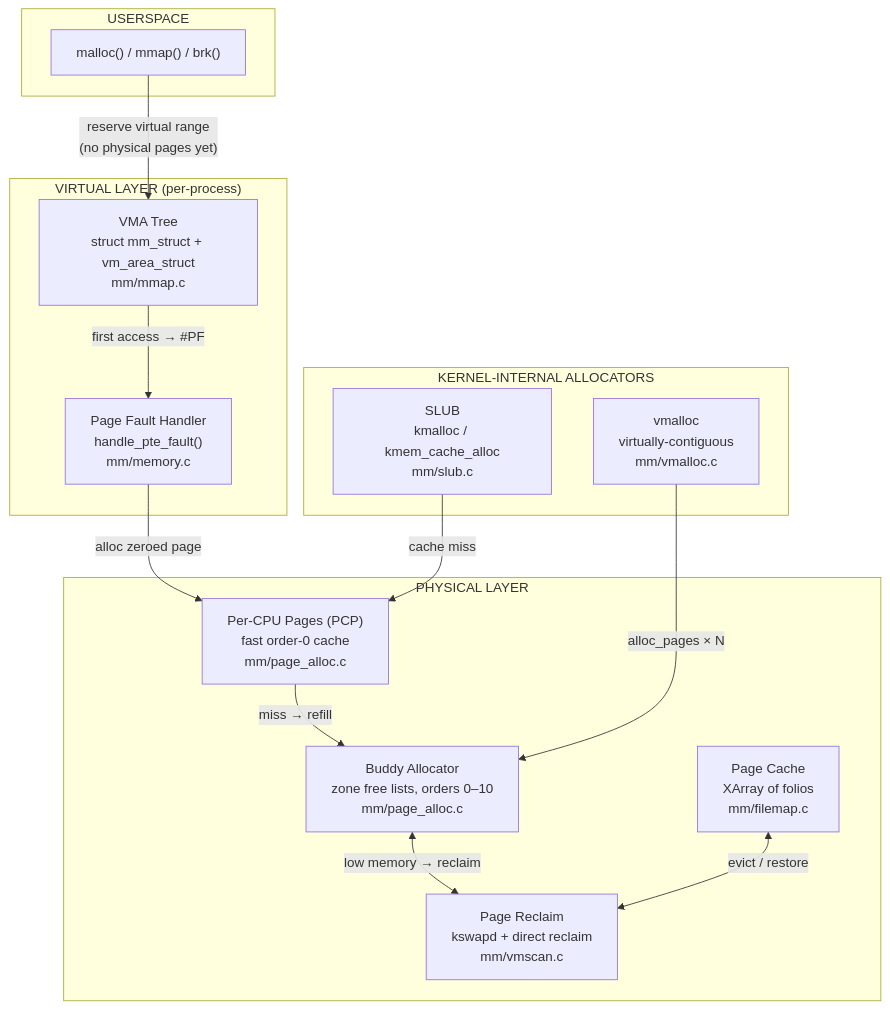
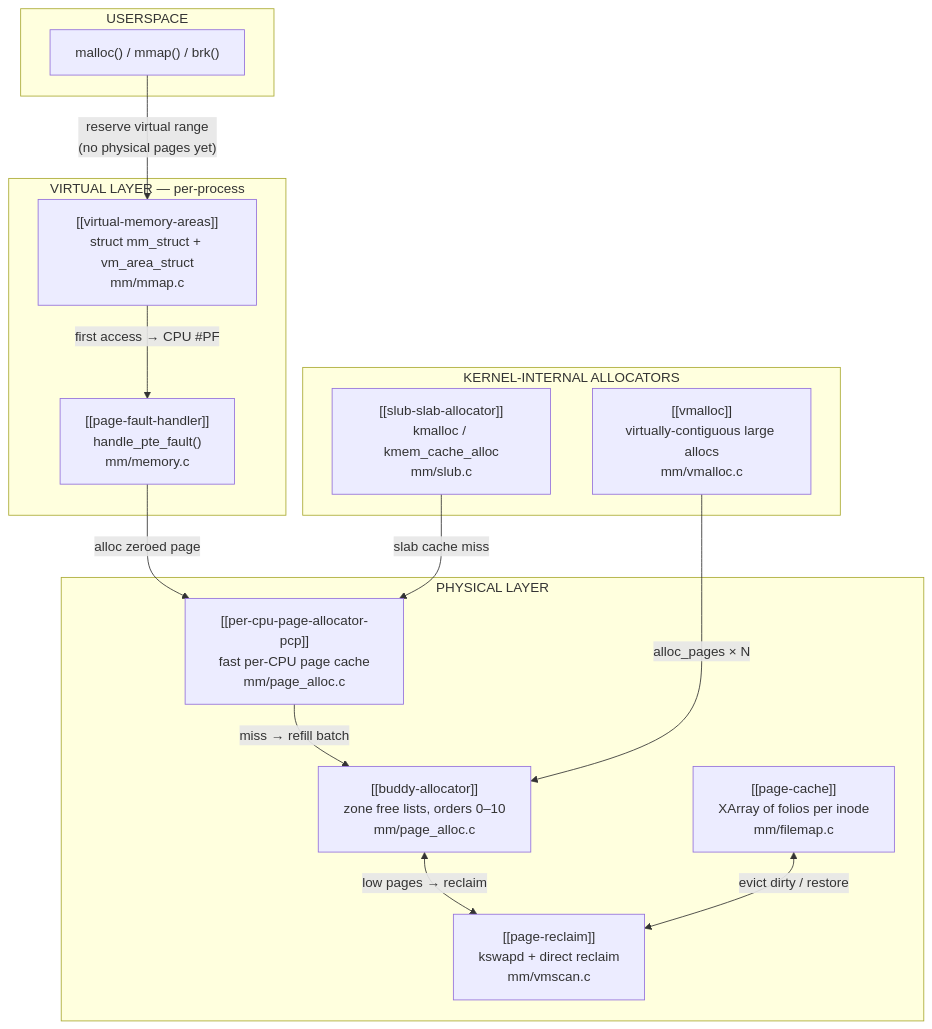
One commit to krushchavan/linux-research changed the diagram in vault/subsystems/mm-core-components.md. Above: the diagram before and after it, drawn with Mermaid. The commit also changed other lines of this file and 11 other files, not shown here.

````diff
--- a/vault/subsystems/mm-core-components.md
+++ b/vault/subsystems/mm-core-components.md
@@ -41,33 +43,33 @@
 ```mermaid
 flowchart TB
     subgraph user["USERSPACE"]
         U1["malloc() / mmap() / brk()"]
     end
 
-    subgraph virt["VIRTUAL LAYER (per-process)"]
-        V1["VMA Tree\nstruct mm_struct + vm_area_struct\nmm/mmap.c"]
-        V2["Page Fault Handler\nhandle_pte_fault()\nmm/memory.c"]
+    subgraph virt["VIRTUAL LAYER — per-process"]
+        V1["[[virtual-memory-areas]]\nstruct mm_struct + vm_area_struct\nmm/mmap.c"]
+        V2["[[page-fault-handler]]\nhandle_pte_fault()\nmm/memory.c"]
         U1 -->|"reserve virtual range\n(no physical pages yet)"| V1
-        V1 -->|"first access → #PF"| V2
+        V1 -->|"first access → CPU #PF"| V2
     end
 
-    subgraph kernel["KERNEL-INTERNAL ALLOCATORS"]
-        K1["SLUB\nkmalloc / kmem_cache_alloc\nmm/slub.c"]
-        K2["vmalloc\nvirtually-contiguous\nmm/vmalloc.c"]
+    subgraph kernel_alloc["KERNEL-INTERNAL ALLOCATORS"]
+        K1["[[slub-slab-allocator]]\nkmalloc / kmem_cache_alloc\nmm/slub.c"]
+        K2["[[vmalloc]]\nvirtually-contiguous large allocs\nmm/vmalloc.c"]
     end
 
     subgraph phys["PHYSICAL LAYER"]
-        P1["Per-CPU Pages (PCP)\nfast order-0 cache\nmm/page_alloc.c"]
-        P2["Buddy Allocator\nzone free lists, orders 0–10\nmm/page_alloc.c"]
-        P3["Page Cache\nXArray of folios\nmm/filemap.c"]
-        P4["Page Reclaim\nkswapd + direct reclaim\nmm/vmscan.c"]
+        P1["[[per-cpu-page-allocator-pcp]]\nfast per-CPU page cache\nmm/page_alloc.c"]
+        P2["[[buddy-allocator]]\nzone free lists, orders 0–10\nmm/page_alloc.c"]
+        P3["[[page-cache]]\nXArray of folios per inode\nmm/filemap.c"]
+        P4["[[page-reclaim]]\nkswapd + direct reclaim\nmm/vmscan.c"]
 
-        P1 -->|"miss → refill"| P2
-        P2 <-->|"low memory → reclaim"| P4
-        P3 <-->|"evict / restore"| P4
+        P1 -->|"miss → refill batch"| P2
+        P2 <-->|"low pages → reclaim"| P4
+        P3 <-->|"evict dirty / restore"| P4
     end
 
     V2 -->|"alloc zeroed page"| P1
-    K1 -->|"cache miss"| P1
+    K1 -->|"slab cache miss"| P1
     K2 -->|"alloc_pages × N"| P2
 ```
````
